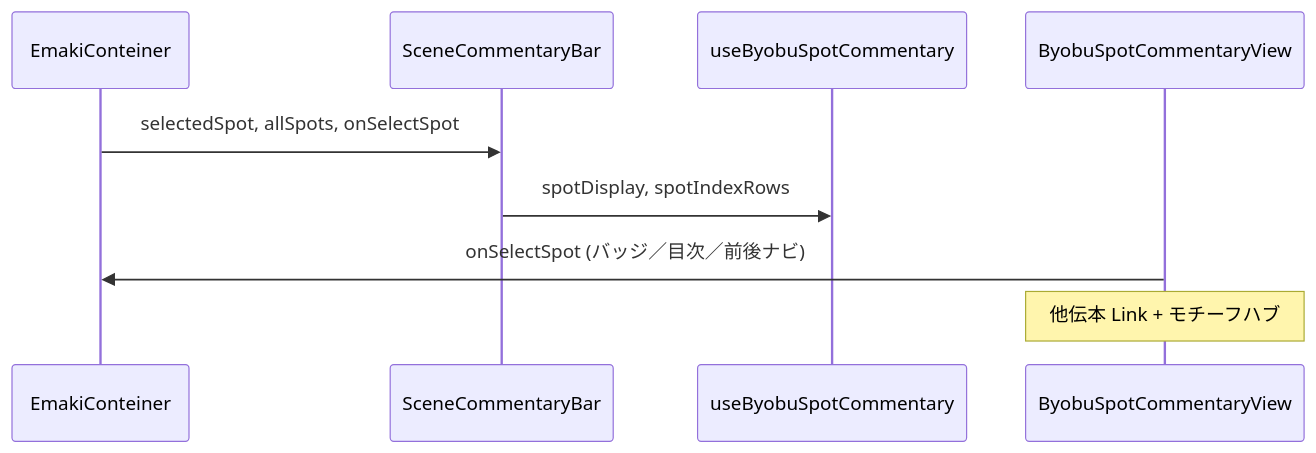
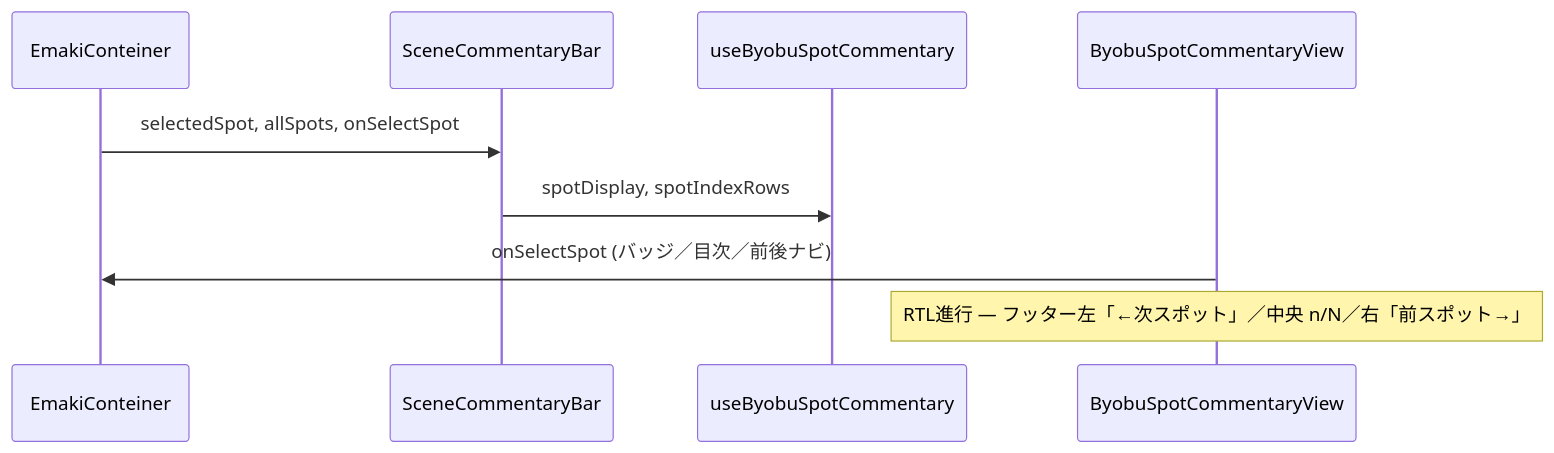
Before and after one commit to satoshi-create/emakimono-next: the third of 3 diagrams in src/components/emaki/commentary/SPEC.md, drawn with Mermaid. The commit also changed other lines of this file and 14 other files, not shown here.

````diff
--- a/src/components/emaki/commentary/SPEC.md
+++ b/src/components/emaki/commentary/SPEC.md
@@ -54,12 +54,12 @@
 ```mermaid
 sequenceDiagram
   participant EC as EmakiConteiner
   participant SCB as SceneCommentaryBar
   participant Byobu as useByobuSpotCommentary
   participant View as ByobuSpotCommentaryView
 
   EC->>SCB: selectedSpot, allSpots, onSelectSpot
   SCB->>Byobu: spotDisplay, spotIndexRows
   View->>EC: onSelectSpot (バッジ／目次／前後ナビ)
-  Note over View: 他伝本 Link + モチーフハブ
+  Note over View: RTL進行 — フッター左「←次スポット」／中央 n/N／右「前スポット→」
 ```
````
